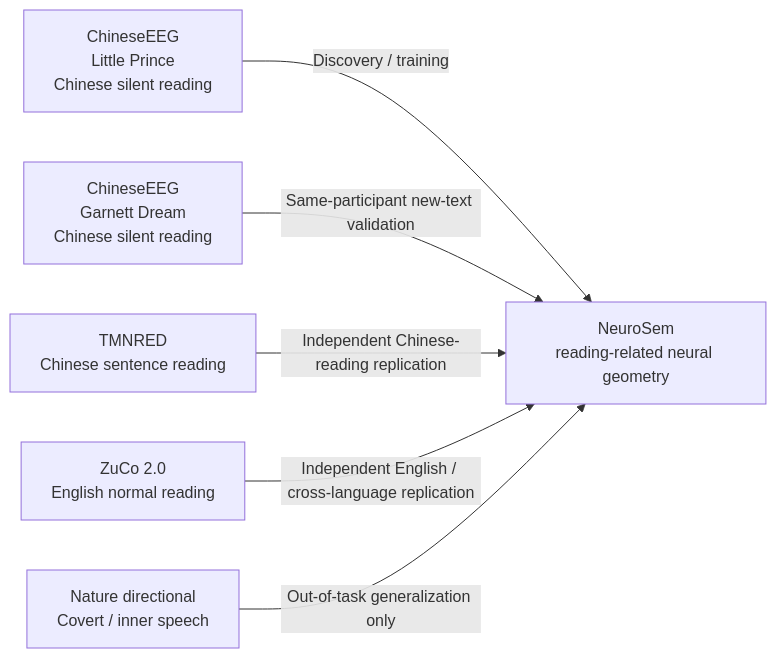
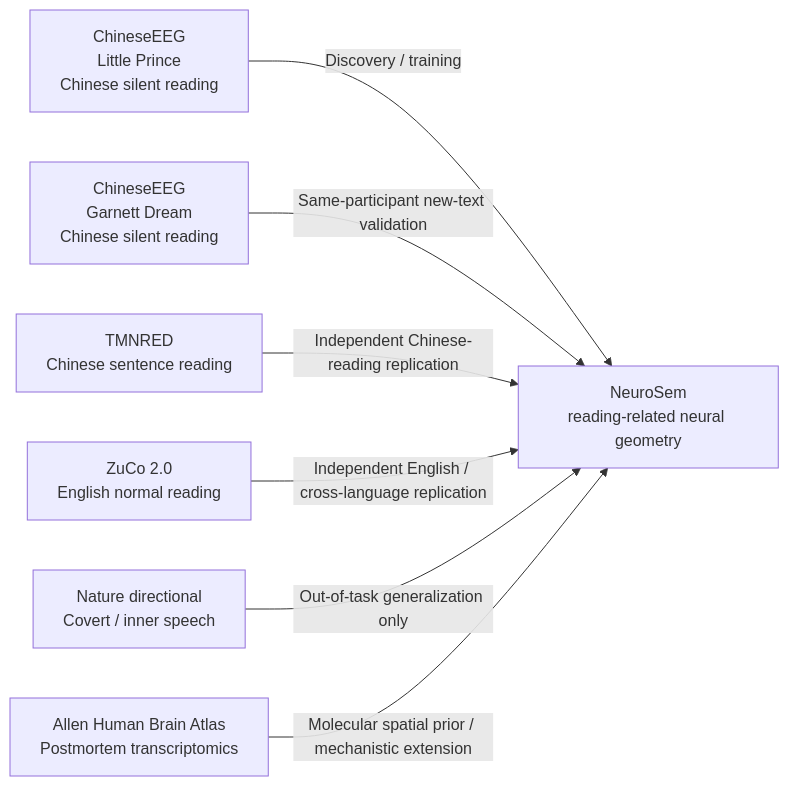
Before and after one commit to vafaei-ar/NeuroSem: the diagram in docs/2_DATASETS_AND_TASKS.md, drawn with Mermaid. The commit also changed other lines of this file, not shown here.

````diff
--- a/docs/2_DATASETS_AND_TASKS.md
+++ b/docs/2_DATASETS_AND_TASKS.md
@@ -9,15 +9,17 @@
 ```mermaid
 flowchart LR
     LP[ChineseEEG<br/>Little Prince<br/>Chinese silent reading]
     GD[ChineseEEG<br/>Garnett Dream<br/>Chinese silent reading]
     TM[TMNRED<br/>Chinese sentence reading]
     ZU[ZuCo 2.0<br/>English normal reading]
     ND[Nature directional<br/>Covert / inner speech]
+    AH[Allen Human Brain Atlas<br/>Postmortem transcriptomics]
     CORE[NeuroSem<br/>reading-related neural geometry]
 
     LP -->|Discovery / training| CORE
     GD -->|Same-participant new-text validation| CORE
     TM -->|Independent Chinese-reading replication| CORE
     ZU -->|Independent English / cross-language replication| CORE
     ND -->|Out-of-task generalization only| CORE
+    AH -->|Molecular spatial prior / mechanistic extension| CORE
 ```
````
